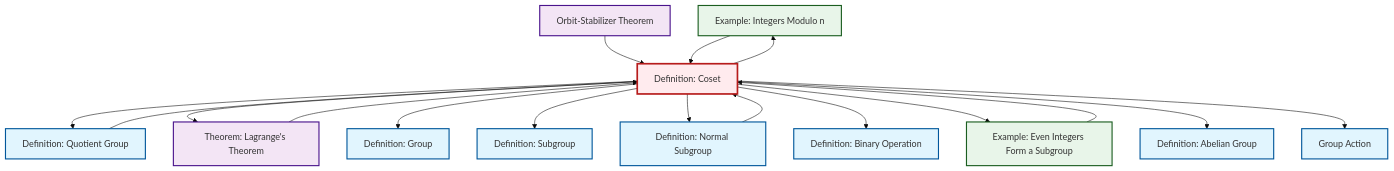
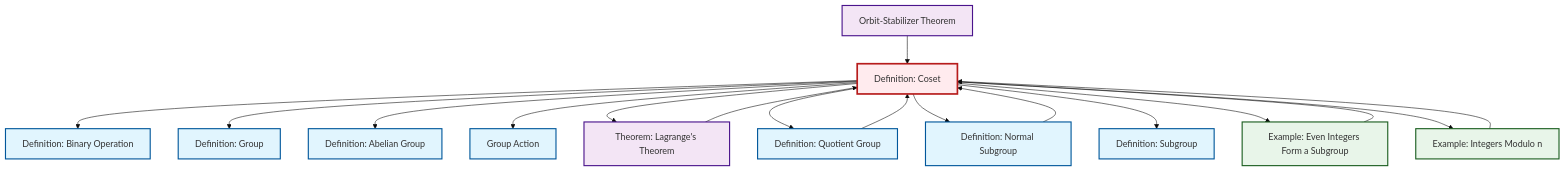
One commit to RK0429/ModernMath changed the diagram in content/en/algebra/def-coset.qmd. Above: the diagram before and after it, drawn with Mermaid (base theme). The commit also changed other lines of this file and 581 other files, not shown here.

````diff
--- a/content/en/algebra/def-coset.qmd
+++ b/content/en/algebra/def-coset.qmd
@@ -162,49 +162,49 @@
 ```{mermaid}
 %%| fig-cap: "Local dependency graph"
 graph TD
     classDef definition fill:#e1f5fe,stroke:#01579b,stroke-width:2px
     classDef theorem fill:#f3e5f5,stroke:#4a148c,stroke-width:2px
     classDef axiom fill:#fff3e0,stroke:#e65100,stroke-width:2px
     classDef example fill:#e8f5e9,stroke:#1b5e20,stroke-width:2px
     classDef current fill:#ffebee,stroke:#b71c1c,stroke-width:3px
-    ex-quotient-integers-mod-n["Example: Integers Modulo n"]:::example
-    def-group["Definition: Group"]:::definition
-    def-coset["Definition: Coset"]:::definition
-    thm-lagrange["Theorem: Lagrange's Theorem"]:::theorem
-    def-quotient-group["Definition: Quotient Group"]:::definition
     def-binary-operation["Definition: Binary Operation"]:::definition
     def-subgroup["Definition: Subgroup"]:::definition
     thm-orbit-stabilizer["Orbit-Stabilizer Theorem"]:::theorem
+    def-group-action["Group Action"]:::definition
+    def-quotient-group["Definition: Quotient Group"]:::definition
+    thm-lagrange["Theorem: Lagrange's Theorem"]:::theorem
+    def-abelian-group["Definition: Abelian Group"]:::definition
+    def-coset["Definition: Coset"]:::definition
+    def-group["Definition: Group"]:::definition
     ex-even-integers-subgroup["Example: Even Integers Form a Subgroup"]:::example
-    def-abelian-group["Definition: Abelian Group"]:::definition
-    def-group-action["Group Action"]:::definition
     def-normal-subgroup["Definition: Normal Subgroup"]:::definition
-    def-coset --> def-quotient-group
-    ex-even-integers-subgroup --> def-coset
-    def-coset --> thm-lagrange
-    def-coset --> def-group
-    def-coset --> def-subgroup
+    ex-quotient-integers-mod-n["Example: Integers Modulo n"]:::example
     thm-orbit-stabilizer --> def-coset
-    def-quotient-group --> def-coset
-    def-coset --> def-normal-subgroup
-    ex-quotient-integers-mod-n --> def-coset
     def-normal-subgroup --> def-coset
     def-coset --> def-binary-operation
+    ex-quotient-integers-mod-n --> def-coset
+    def-coset --> def-group
+    def-coset --> def-abelian-group
+    def-quotient-group --> def-coset
+    ex-even-integers-subgroup --> def-coset
+    def-coset --> def-group-action
+    def-coset --> thm-lagrange
+    thm-lagrange --> def-coset
+    def-coset --> def-quotient-group
+    def-coset --> def-normal-subgroup
+    def-coset --> def-subgroup
     def-coset --> ex-even-integers-subgroup
-    thm-lagrange --> def-coset
-    def-coset --> def-abelian-group
     def-coset --> ex-quotient-integers-mod-n
-    def-coset --> def-group-action
     class def-coset current
-    click ex-quotient-integers-mod-n "ex-quotient-integers-mod-n.html" "Go to Integers Modulo n example"
-    click def-group "def-group.html" "Go to Group definition"
-    click thm-lagrange "thm-lagrange.html" "Go to Lagrange's Theorem theorem"
-    click def-quotient-group "def-quotient-group.html" "Go to Quotient Group definition"
     click def-binary-operation "def-binary-operation.html" "Go to Binary Operation definition"
     click def-subgroup "def-subgroup.html" "Go to Subgroup definition"
     click thm-orbit-stabilizer "thm-orbit-stabilizer.html" "Go to Orbit-Stabilizer Theorem"
+    click def-group-action "def-group-action.html" "Go to Group Action"
+    click def-quotient-group "def-quotient-group.html" "Go to Quotient Group definition"
+    click thm-lagrange "thm-lagrange.html" "Go to Lagrange's Theorem theorem"
+    click def-abelian-group "def-abelian-group.html" "Go to Abelian Group definition"
+    click def-group "def-group.html" "Go to Group definition"
     click ex-even-integers-subgroup "ex-even-integers-subgroup.html" "Go to Even Integers Form a Subgroup example"
-    click def-abelian-group "def-abelian-group.html" "Go to Abelian Group definition"
-    click def-group-action "def-group-action.html" "Go to Group Action"
     click def-normal-subgroup "def-normal-subgroup.html" "Go to Normal Subgroup definition"
+    click ex-quotient-integers-mod-n "ex-quotient-integers-mod-n.html" "Go to Integers Modulo n example"
 ```
````
